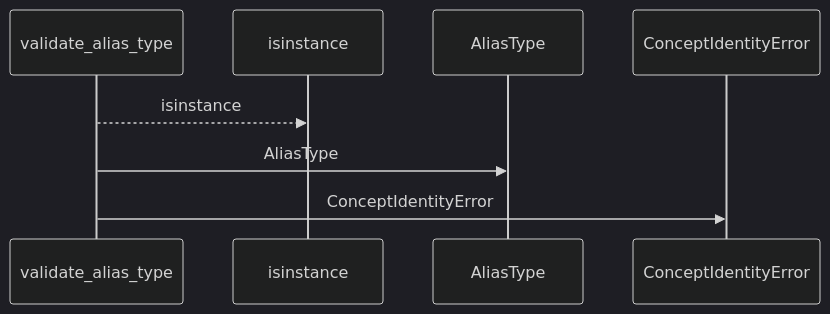
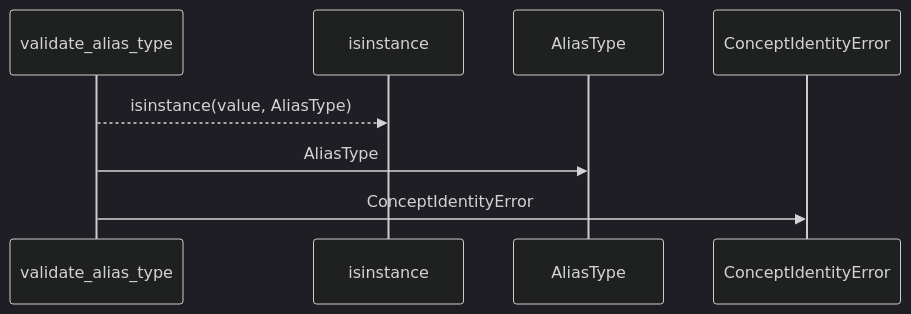
One commit to Denissvgn/python-wiki-llm changed the first of 2 diagrams in docs/llm_wiki/flows/api-validate_alias_type.md. Above: the diagram before and after it, drawn with Mermaid (dark theme). The commit also changed other lines of this file and 1410 other files, not shown here.

````diff
--- a/docs/llm_wiki/flows/api-validate_alias_type.md
+++ b/docs/llm_wiki/flows/api-validate_alias_type.md
@@ -10,10 +12,10 @@
 ```mermaid
 sequenceDiagram
     participant p0 as validate_alias_type
     participant p1 as isinstance
     participant p2 as AliasType
     participant p3 as ConceptIdentityError
-    p0-->>p1: isinstance
+    p0-->>p1: isinstance(value, AliasType)
     p0->>p2: AliasType
     p0->>p3: ConceptIdentityError
 ```
````
